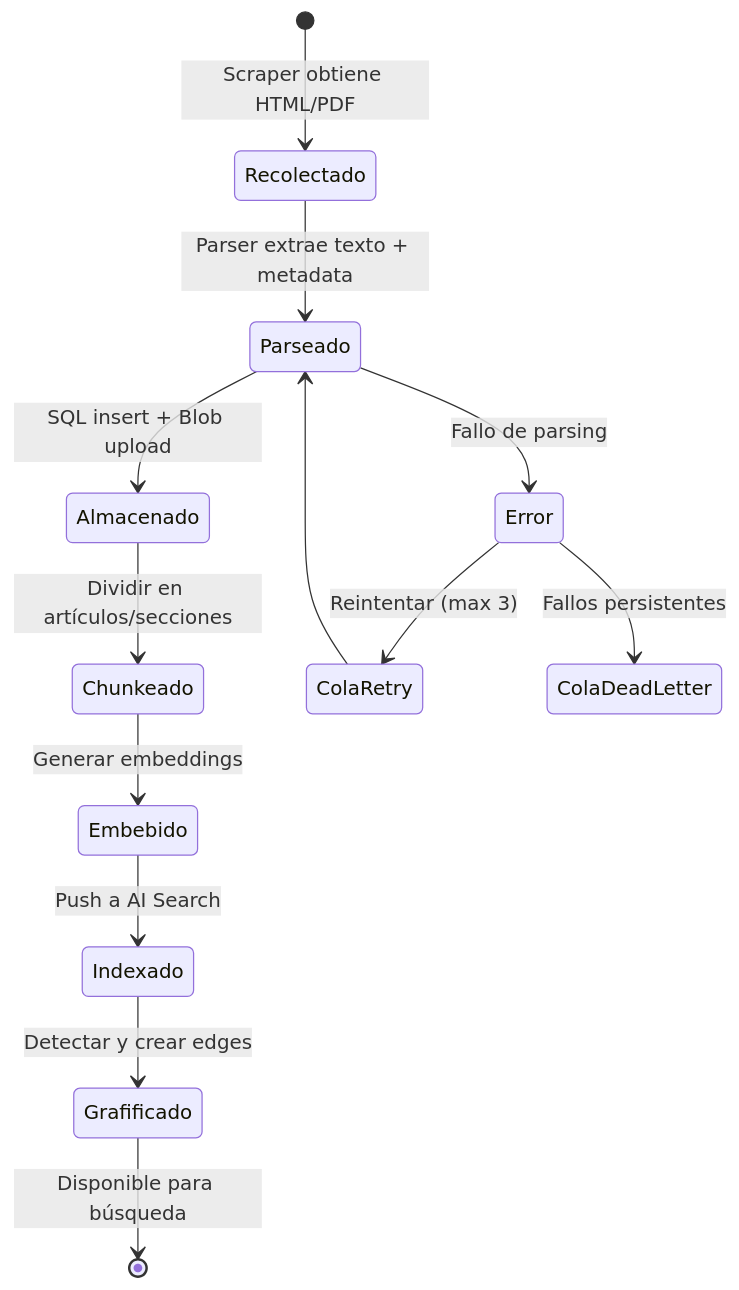
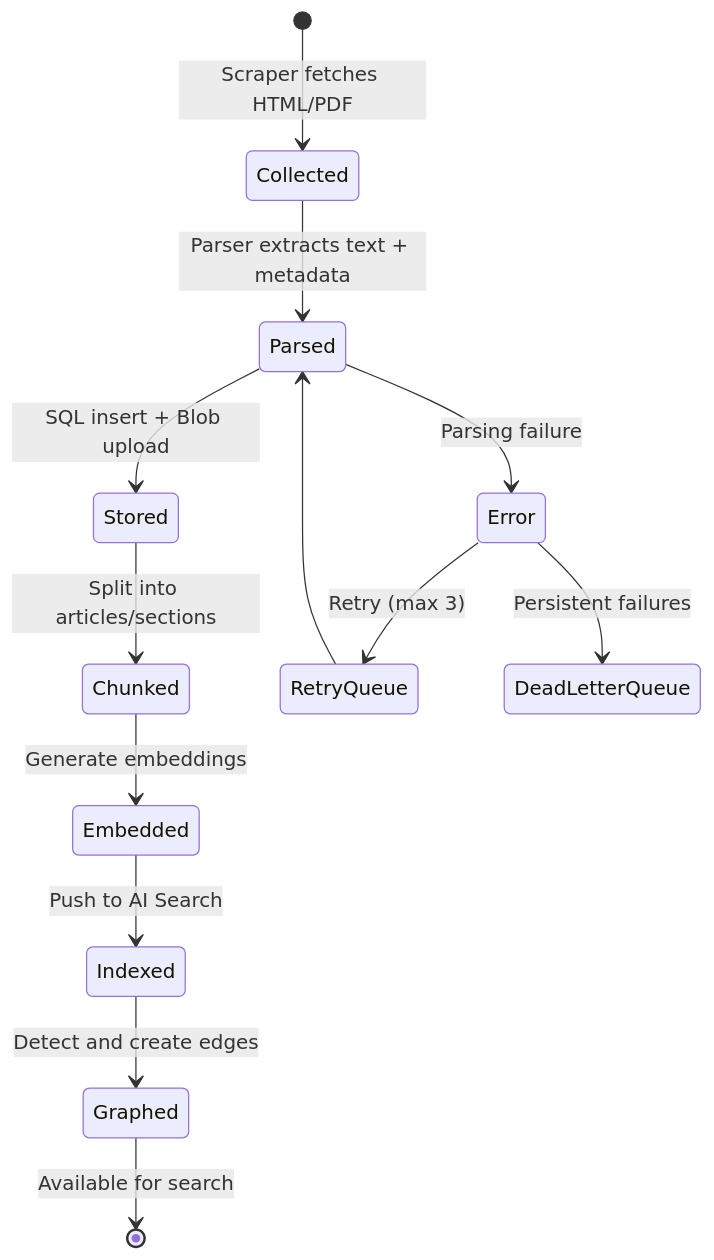
Before and after one commit to pablonux/legal-ai-ar: the tenth of 13 diagrams in docs/roadmap/F00 - Development Environment and Structure/F00 - W01 - Comprehensive Documentation.md, drawn with Mermaid. The commit also changed other lines of this file and 8 other files, not shown here.

````diff
--- a/docs/roadmap/F00 - Development Environment and Structure/F00 - W01 - Comprehensive Documentation.md
+++ b/docs/roadmap/F00 - Development Environment and Structure/F00 - W01 - Comprehensive Documentation.md
@@ -937,16 +939,16 @@
 ```mermaid
 stateDiagram-v2
-    [*] --> Recolectado: Scraper obtiene HTML/PDF
-    Recolectado --> Parseado: Parser extrae texto + metadata
-    Parseado --> Almacenado: SQL insert + Blob upload
-    Almacenado --> Chunkeado: Dividir en artículos/secciones
-    Chunkeado --> Embebido: Generar embeddings
-    Embebido --> Indexado: Push a AI Search
-    Indexado --> Grafificado: Detectar y crear edges
-    Grafificado --> [*]: Disponible para búsqueda
+    [*] --> Collected: Scraper fetches HTML/PDF
+    Collected --> Parsed: Parser extracts text + metadata
+    Parsed --> Stored: SQL insert + Blob upload
+    Stored --> Chunked: Split into articles/sections
+    Chunked --> Embedded: Generate embeddings
+    Embedded --> Indexed: Push to AI Search
+    Indexed --> Graphed: Detect and create edges
+    Graphed --> [*]: Available for search
 
-    Parseado --> Error: Fallo de parsing
-    Error --> ColaRetry: Reintentar (max 3)
-    ColaRetry --> Parseado
-    Error --> ColaDeadLetter: Fallos persistentes
+    Parsed --> Error: Parsing failure
+    Error --> RetryQueue: Retry (max 3)
+    RetryQueue --> Parsed
+    Error --> DeadLetterQueue: Persistent failures
 ```
````
